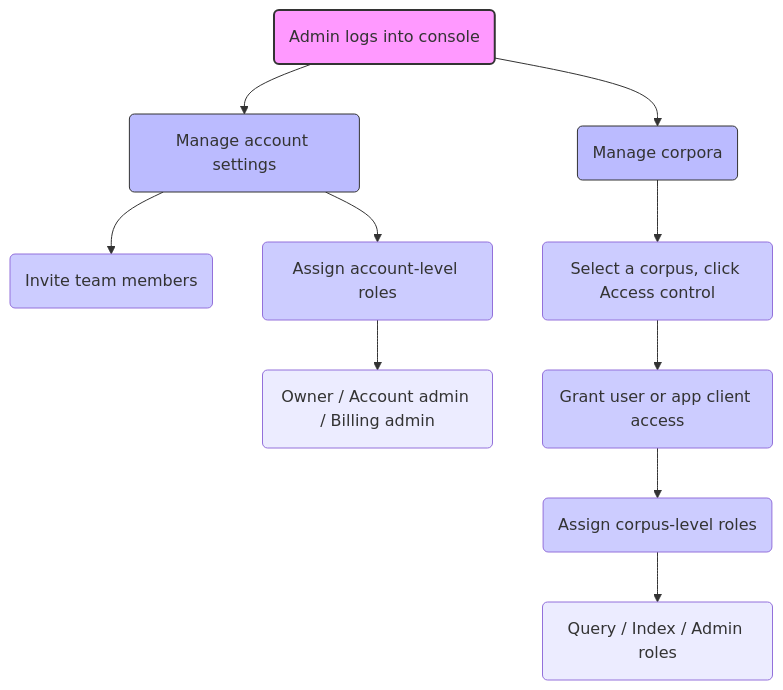
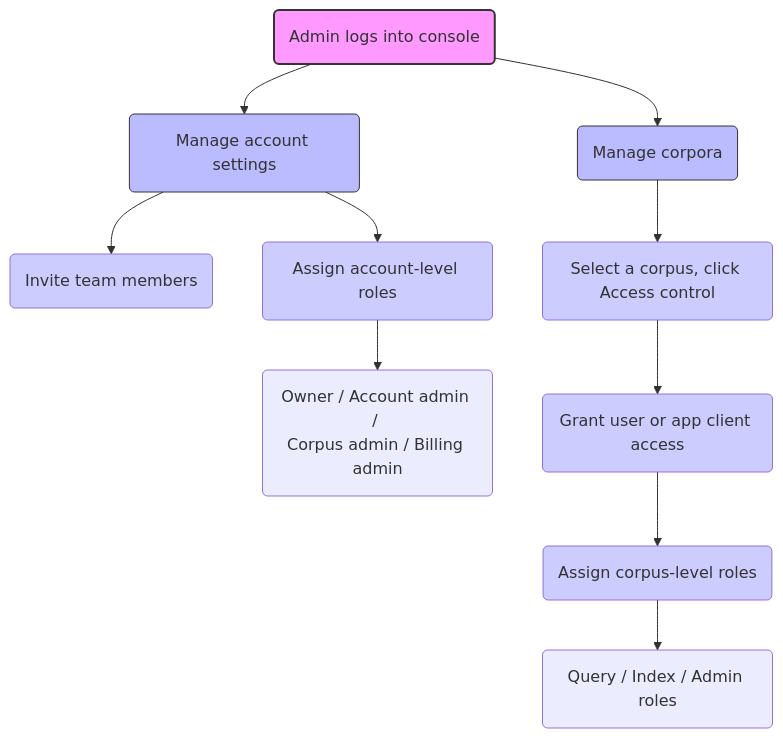
One commit to vectara/vectara-docs changed the diagram in www/docs/learn/authentication/role-based-access-control.md. Above: the diagram before and after it, drawn with Mermaid. The commit also changed 1 other file, not shown here.

````diff
--- a/www/docs/learn/authentication/role-based-access-control.md
+++ b/www/docs/learn/authentication/role-based-access-control.md
@@ -17,23 +17,23 @@
 ```mermaid
 flowchart TD
     A(Admin logs into console) --> B(Manage account settings)
     A --> C(Manage corpora)
     
     B --> B1(Invite team members)
     B --> B2(Assign account-level roles)
-    B2 --> B3(Owner / Account admin / Billing admin)
+    B2 --> B3(Owner / Account admin / <br>Corpus admin / Billing admin)
 
     C --> C1(Select a corpus, click Access control)
     C1 --> C2(Grant user or app client access)
     C2 --> C3(Assign corpus-level roles)
     C3 --> C4(Query / Index / Admin roles)
 
     style A fill:#f9f,stroke:#333,stroke-width:2px
     style B fill:#bbf,stroke:#333
     style C fill:#bbf,stroke:#333
     style B1 fill:#ccf
     style B2 fill:#ccf
     style C1 fill:#ccf
     style C2 fill:#ccf
     style C3 fill:#ccf
 ```
````
